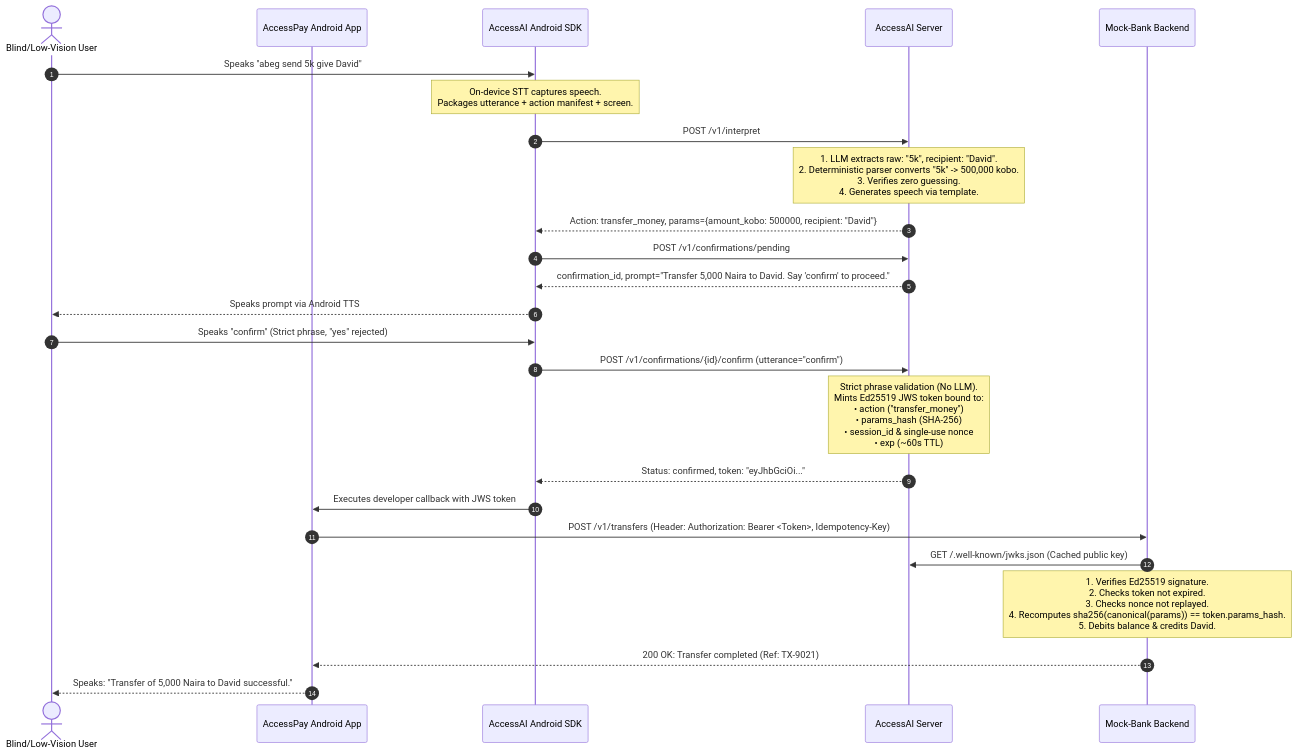
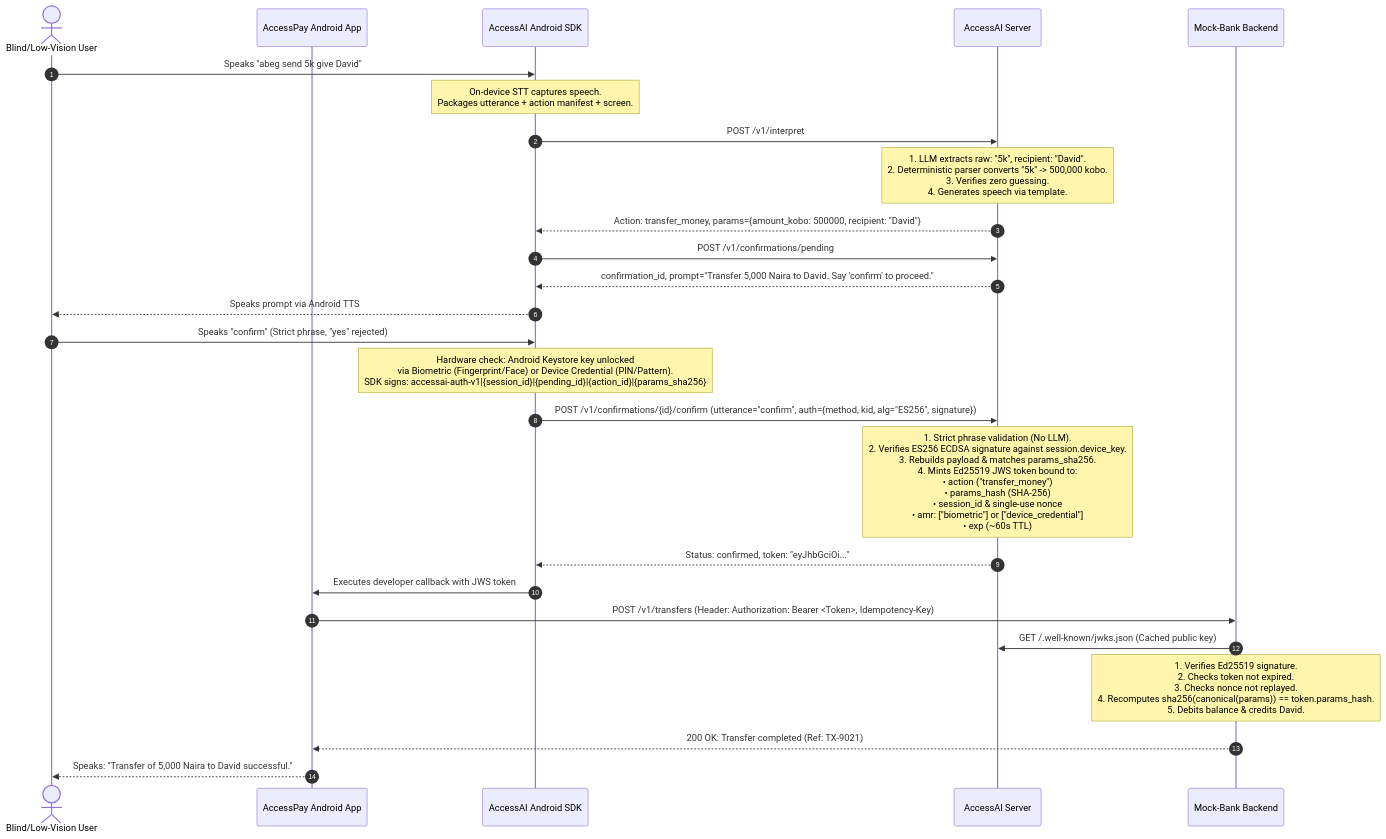
Before and after one commit to Accessibility-AI/accessai-server-gemini: the diagram in docs/INTEGRATION_GUIDE.md, drawn with Mermaid. The commit also changed 18 other files, not shown here.

````diff
--- a/docs/INTEGRATION_GUIDE.md
+++ b/docs/INTEGRATION_GUIDE.md
@@ -31,31 +31,32 @@
 ```mermaid
 sequenceDiagram
     autonumber
     actor User as Blind/Low-Vision User
     participant App as AccessPay Android App
     participant SDK as AccessAI Android SDK
     participant AI as AccessAI Server
     participant Bank as Mock-Bank Backend
 
     User->>SDK: Speaks "abeg send 5k give David"
     Note over SDK: On-device STT captures speech.<br/>Packages utterance + action manifest + screen.
     SDK->>AI: POST /v1/interpret
     Note over AI: 1. LLM extracts raw: "5k", recipient: "David".<br/>2. Deterministic parser converts "5k" -> 500,000 kobo.<br/>3. Verifies zero guessing.<br/>4. Generates speech via template.
     AI-->>SDK: Action: transfer_money, params={amount_kobo: 500000, recipient: "David"}
     
     SDK->>AI: POST /v1/confirmations/pending
     AI-->>SDK: confirmation_id, prompt="Transfer 5,000 Naira to David. Say 'confirm' to proceed."
     SDK-->>User: Speaks prompt via Android TTS
     
     User->>SDK: Speaks "confirm" (Strict phrase, "yes" rejected)
-    SDK->>AI: POST /v1/confirmations/{id}/confirm (utterance="confirm")
-    Note over AI: Strict phrase validation (No LLM).<br/>Mints Ed25519 JWS token bound to:<br/>• action ("transfer_money")<br/>• params_hash (SHA-256)<br/>• session_id & single-use nonce<br/>• exp (~60s TTL)
+    Note over SDK: Hardware check: Android Keystore key unlocked<br/>via Biometric (Fingerprint/Face) or Device Credential (PIN/Pattern).<br/>SDK signs: accessai-auth-v1|{session_id}|{pending_id}|{action_id}|{params_sha256}
+    SDK->>AI: POST /v1/confirmations/{id}/confirm (utterance="confirm", auth={method, kid, alg="ES256", signature})
+    Note over AI: 1. Strict phrase validation (No LLM).<br/>2. Verifies ES256 ECDSA signature against session.device_key.<br/>3. Rebuilds payload & matches params_sha256.<br/>4. Mints Ed25519 JWS token bound to:<br/>• action ("transfer_money")<br/>• params_hash (SHA-256)<br/>• session_id & single-use nonce<br/>• amr: ["biometric"] or ["device_credential"]<br/>• exp (~60s TTL)
     AI-->>SDK: Status: confirmed, token: "eyJhbGciOi..."
     
     SDK->>App: Executes developer callback with JWS token
     App->>Bank: POST /v1/transfers (Header: Authorization: Bearer <Token>, Idempotency-Key)
     Bank->>AI: GET /.well-known/jwks.json (Cached public key)
     Note over Bank: 1. Verifies Ed25519 signature.<br/>2. Checks token not expired.<br/>3. Checks nonce not replayed.<br/>4. Recomputes sha256(canonical(params)) == token.params_hash.<br/>5. Debits balance & credits David.
     Bank-->>App: 200 OK: Transfer completed (Ref: TX-9021)
     App-->>User: Speaks: "Transfer of 5,000 Naira to David successful."
 ```
````
